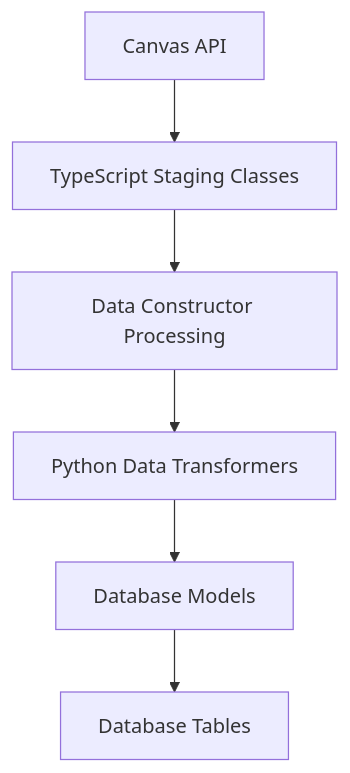
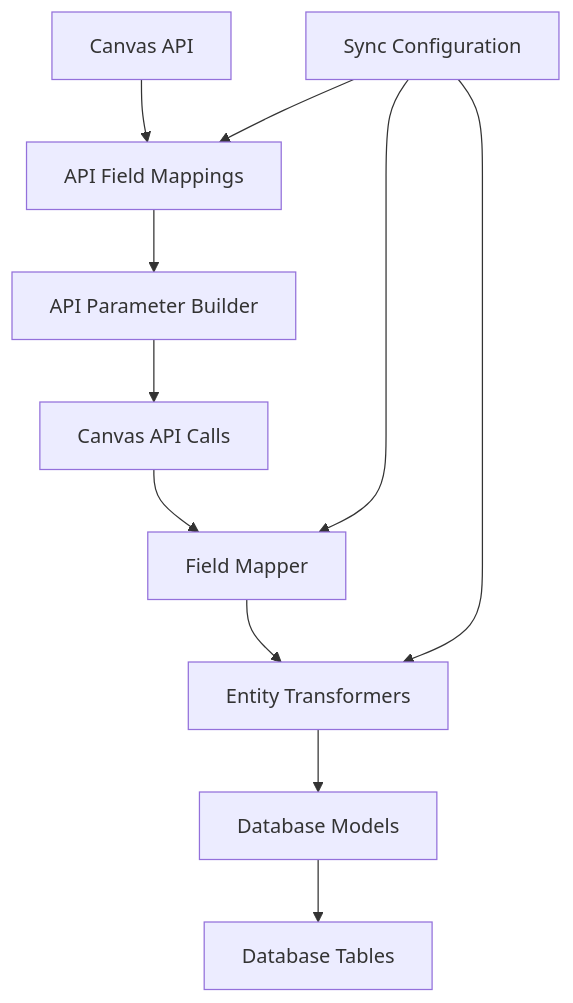
Before and after one commit to Tdawg-development/Canvas-Tracker-V3: the diagram in docs/development/Field-Management-Guide.md, drawn with Mermaid. The commit also changed other lines of this file and 15 other files, not shown here.

````diff
--- a/docs/development/Field-Management-Guide.md
+++ b/docs/development/Field-Management-Guide.md
@@ -27,8 +33,14 @@
 ```mermaid
 graph TD
-    A[Canvas API] --> B[TypeScript Staging Classes]
-    B --> C[Data Constructor Processing]
-    C --> D[Python Data Transformers]
-    D --> E[Database Models]
-    E --> F[Database Tables]
+    A[Canvas API] --> B[API Field Mappings]
+    B --> C[API Parameter Builder]
+    C --> D[Canvas API Calls]
+    D --> E[Field Mapper]
+    E --> F[Entity Transformers]
+    F --> G[Database Models]
+    G --> H[Database Tables]
+    
+    I[Sync Configuration] --> B
+    I --> E
+    I --> F
 ```
````
